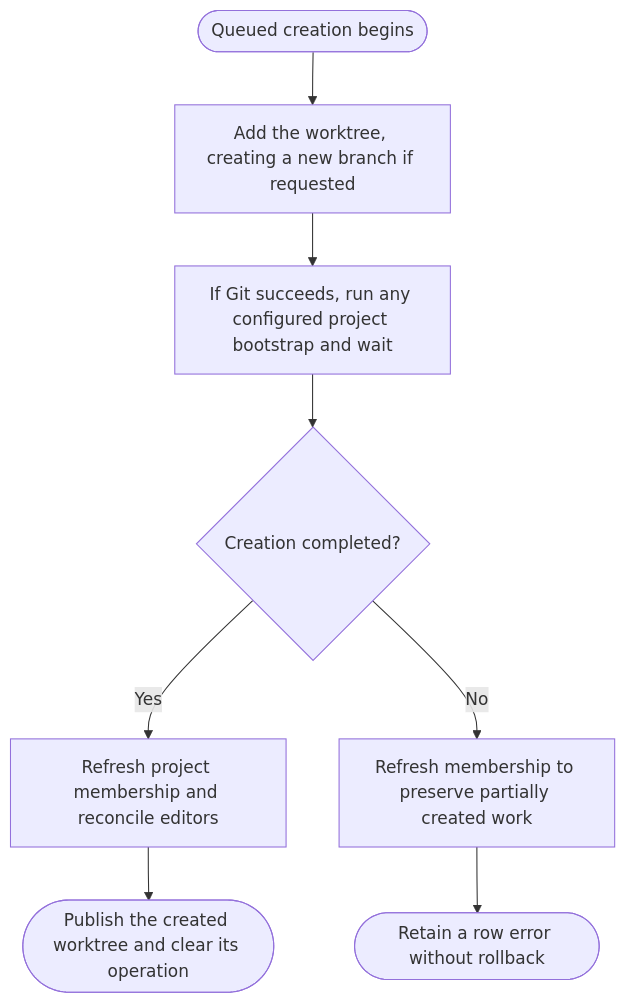
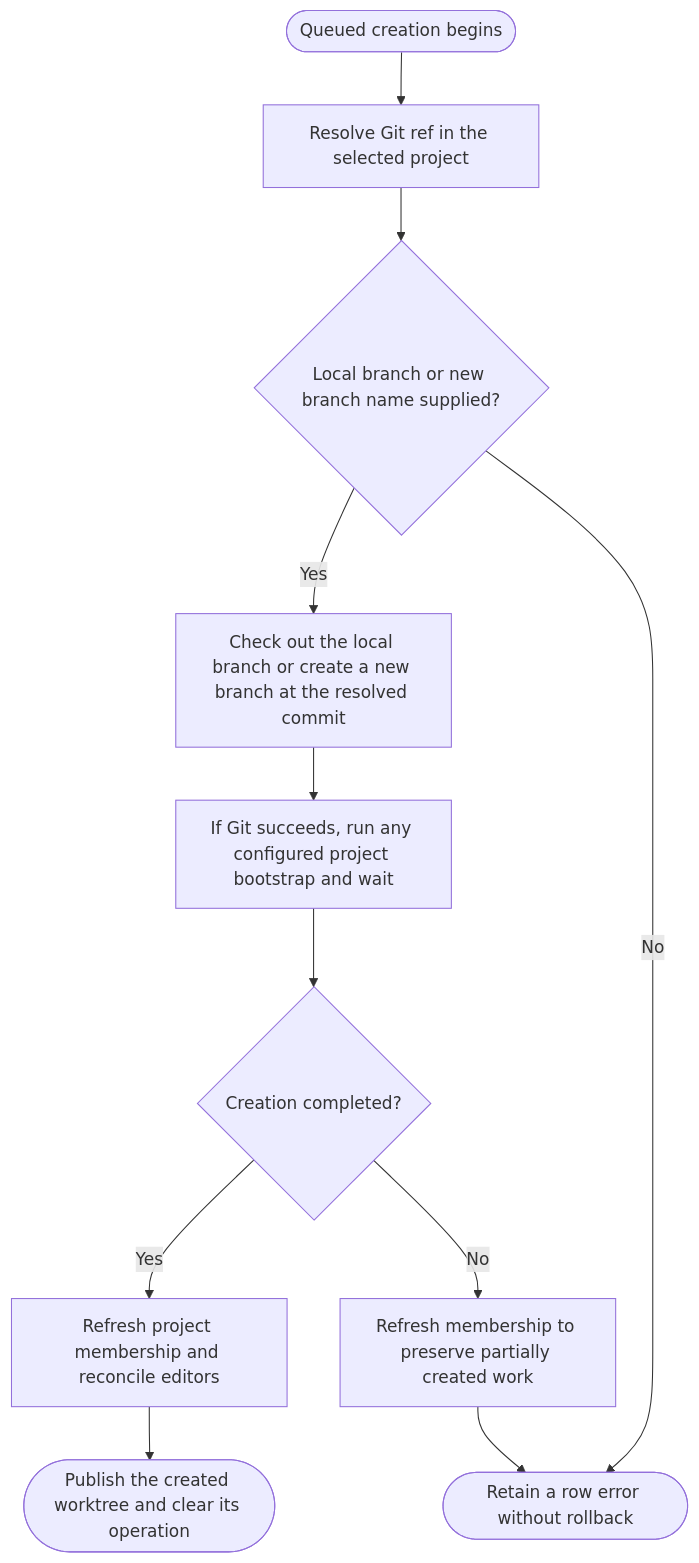
One commit to takeshibaconsuzuki/ade-overlay changed the fourth of 6 diagrams in workflows/worktrees.md. Above: the diagram before and after it, drawn with Mermaid. The commit also changed other lines of this file and 15 other files, not shown here.

Commit message:
Add searchable Git ref dropdown for worktree creation

````diff
--- a/workflows/worktrees.md
+++ b/workflows/worktrees.md
@@ -92,12 +92,15 @@
 ```mermaid
 flowchart TD
-    Start([Queued creation begins]) --> Add[Add the worktree, creating a new branch if requested]
+    Start([Queued creation begins]) --> Ref[Resolve Git ref in the selected project]
+    Ref --> Check{Local branch or new branch name supplied?}
+    Check -->|Yes| Add[Check out the local branch or create a new branch at the resolved commit]
+    Check -->|No| Failure
     Add --> Run[If Git succeeds, run any configured project bootstrap and wait]
     Run --> Result{Creation completed?}
     Result -->|Yes| Reconcile[Refresh project membership and reconcile editors]
     Reconcile --> Success([Publish the created worktree and clear its operation])
     Result -->|No| Inspect[Refresh membership to preserve partially created work]
     Inspect --> Failure([Retain a row error without rollback])
     click Reconcile "worktrees.md#refresh-and-apply-membership"
     click Inspect "worktrees.md#refresh-and-apply-membership"
 ```
````
